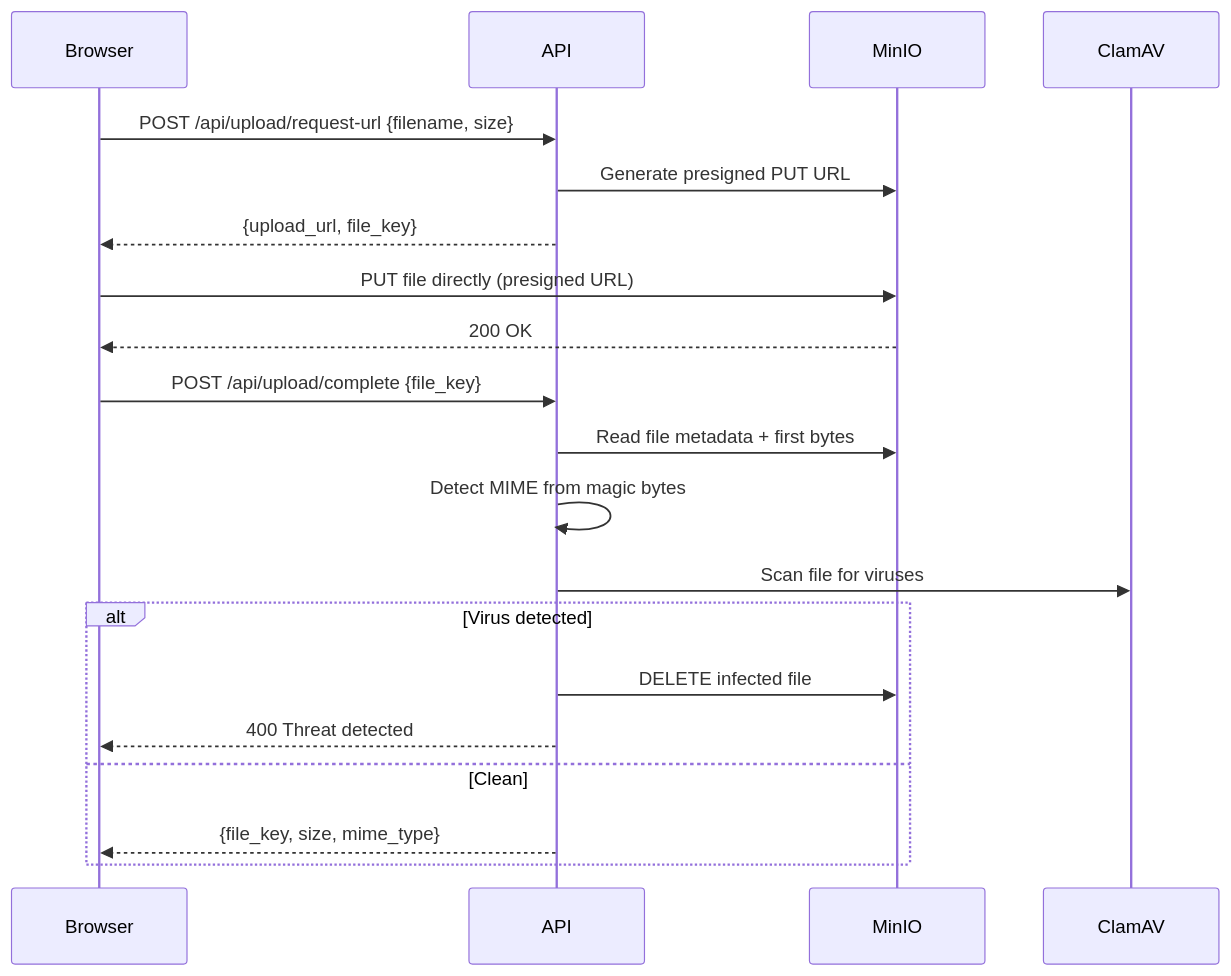
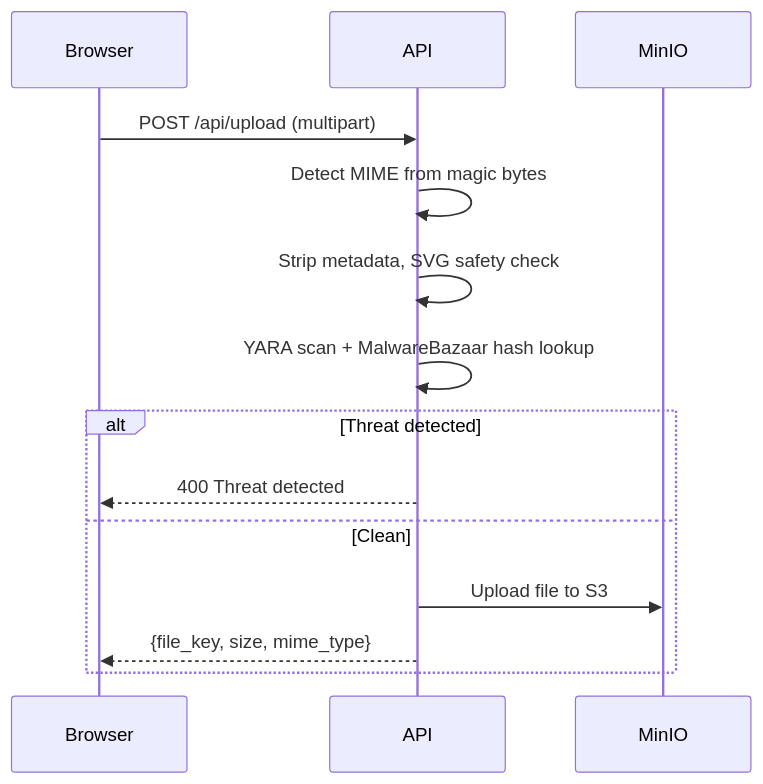
One commit to Theo-Darvoux/WikINT changed the fourth of 5 diagrams in docs/architecture/overview.md. Above: the diagram before and after it, drawn with Mermaid. The commit also changed other lines of this file and 48 other files, not shown here.

````diff
--- a/docs/architecture/overview.md
+++ b/docs/architecture/overview.md
@@ -167,25 +163,17 @@
 ```mermaid
 sequenceDiagram
     participant B as Browser
     participant A as API
     participant M as MinIO
-    participant C as ClamAV
 
-    B->>A: POST /api/upload/request-url {filename, size}
-    A->>M: Generate presigned PUT URL
-    A-->>B: {upload_url, file_key}
-
-    B->>M: PUT file directly (presigned URL)
-    M-->>B: 200 OK
-
-    B->>A: POST /api/upload/complete {file_key}
-    A->>M: Read file metadata + first bytes
+    B->>A: POST /api/upload (multipart)
     A->>A: Detect MIME from magic bytes
-    A->>C: Scan file for viruses
-    alt Virus detected
-        A->>M: DELETE infected file
+    A->>A: Strip metadata, SVG safety check
+    A->>A: YARA scan + MalwareBazaar hash lookup
+    alt Threat detected
         A-->>B: 400 Threat detected
     else Clean
+        A->>M: Upload file to S3
         A-->>B: {file_key, size, mime_type}
     end
 ```
````
